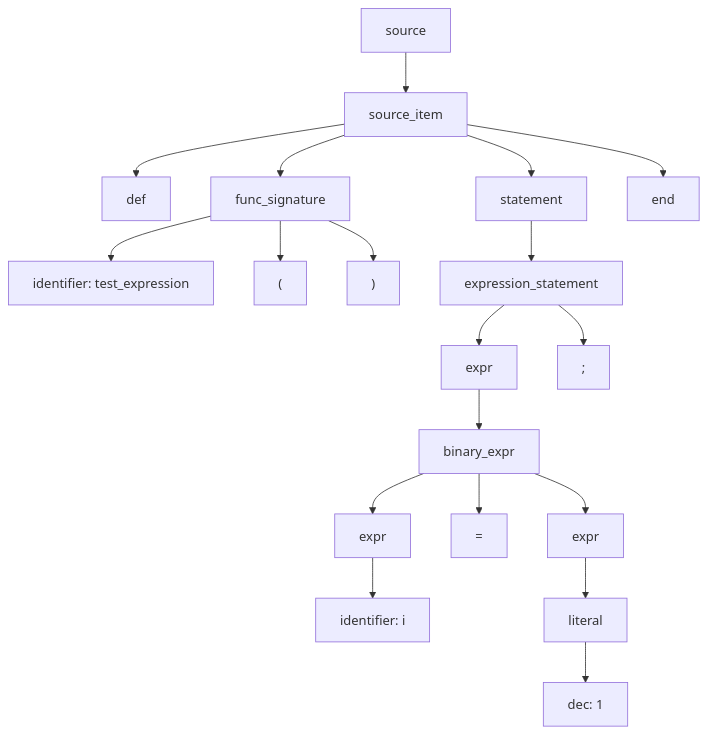
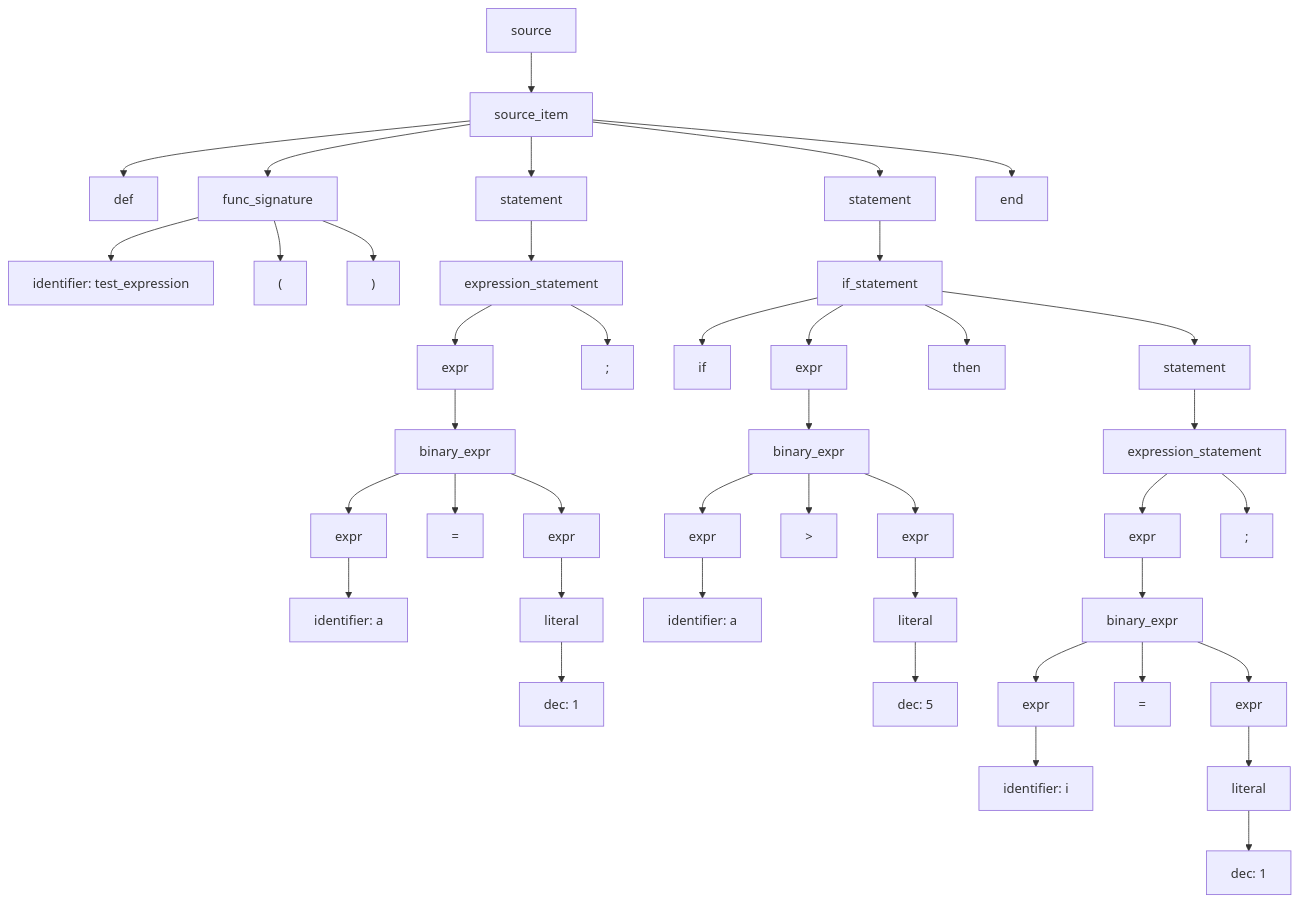
One commit to ErnandesDaniel/system-software-lab-2 changed the diagram in ast.mmd. Above: the diagram before and after it, drawn with Mermaid. The commit also changed 3 other files, not shown here.

```diff
--- a/ast.mmd
+++ b/ast.mmd
@@ -1,38 +1,84 @@
 graph TD;
 N0["source"]
 N1["source_item"]
 N0 --> N1
 N2["def"]
 N1 --> N2
 N3["func_signature"]
 N1 --> N3
 N4["identifier: test_expression"]
 N3 --> N4
 N5["("]
 N3 --> N5
 N6[")"]
 N3 --> N6
 N7["statement"]
 N1 --> N7
 N8["expression_statement"]
 N7 --> N8
 N9["expr"]
 N8 --> N9
 N10["binary_expr"]
 N9 --> N10
 N11["expr"]
 N10 --> N11
-N12["identifier: i"]
+N12["identifier: a"]
 N11 --> N12
 N13["="]
 N10 --> N13
 N14["expr"]
 N10 --> N14
 N15["literal"]
 N14 --> N15
 N16["dec: 1"]
 N15 --> N16
 N17[";"]
 N8 --> N17
-N18["end"]
+N18["statement"]
 N1 --> N18
+N19["if_statement"]
+N18 --> N19
+N20["if"]
+N19 --> N20
+N21["expr"]
+N19 --> N21
+N22["binary_expr"]
+N21 --> N22
+N23["expr"]
+N22 --> N23
+N24["identifier: a"]
+N23 --> N24
+N25[">"]
+N22 --> N25
+N26["expr"]
+N22 --> N26
+N27["literal"]
+N26 --> N27
+N28["dec: 5"]
+N27 --> N28
+N29["then"]
+N19 --> N29
+N30["statement"]
+N19 --> N30
+N31["expression_statement"]
+N30 --> N31
+N32["expr"]
+N31 --> N32
+N33["binary_expr"]
+N32 --> N33
+N34["expr"]
+N33 --> N34
+N35["identifier: i"]
+N34 --> N35
+N36["="]
+N33 --> N36
+N37["expr"]
+N33 --> N37
+N38["literal"]
+N37 --> N38
+N39["dec: 1"]
+N38 --> N39
+N40[";"]
+N31 --> N40
+N41["end"]
+N1 --> N41
```
